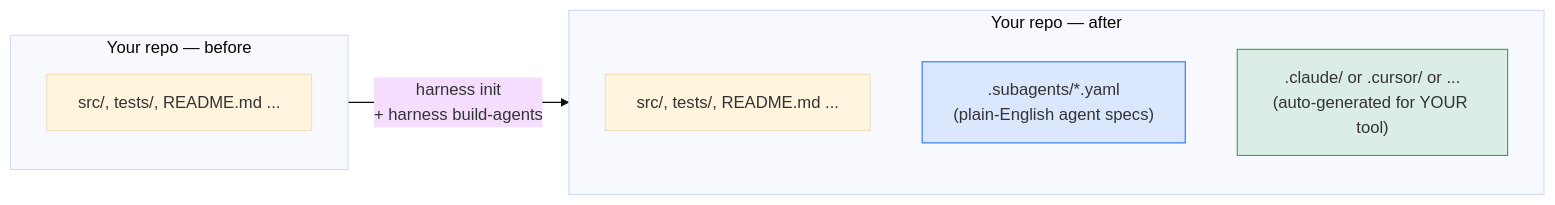
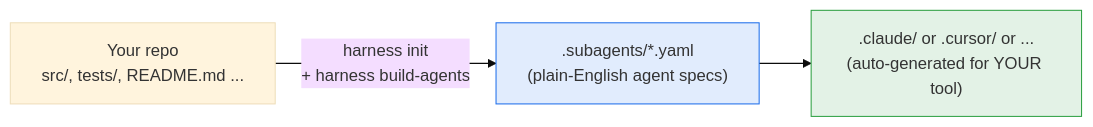
One commit to cloudbloqavi/harness-stack changed the diagram in README.md. Above: the diagram before and after it, drawn with Mermaid (base theme). The commit also changed 1 other file, not shown here.

````diff
--- a/README.md
+++ b/README.md
@@ -22,14 +22,7 @@
 ```mermaid
 flowchart LR
-    subgraph BEFORE["Your repo — before"]
-      Y1["src/, tests/, README.md ..."]
-    end
-    BEFORE -->|"harness init<br/>+ harness build-agents"| AFTER
-    subgraph AFTER["Your repo — after"]
-      Y2["src/, tests/, README.md ..."]
-      Y3[".subagents/*.yaml<br/>(plain-English agent specs)"]
-      Y4[".claude/ or .cursor/ or ...<br/>(auto-generated for YOUR tool)"]
-    end
-    style Y3 fill:#1f6feb22,stroke:#1f6feb
-    style Y4 fill:#2ea04322,stroke:#2ea043
+    A["Your repo<br/>src/, tests/, README.md ..."] -->|"harness init<br/>+ harness build-agents"| B[".subagents/*.yaml<br/>(plain-English agent specs)"]
+    B --> C[".claude/ or .cursor/ or ...<br/>(auto-generated for YOUR tool)"]
+    style B fill:#1f6feb22,stroke:#1f6feb
+    style C fill:#2ea04322,stroke:#2ea043
 ```
````
